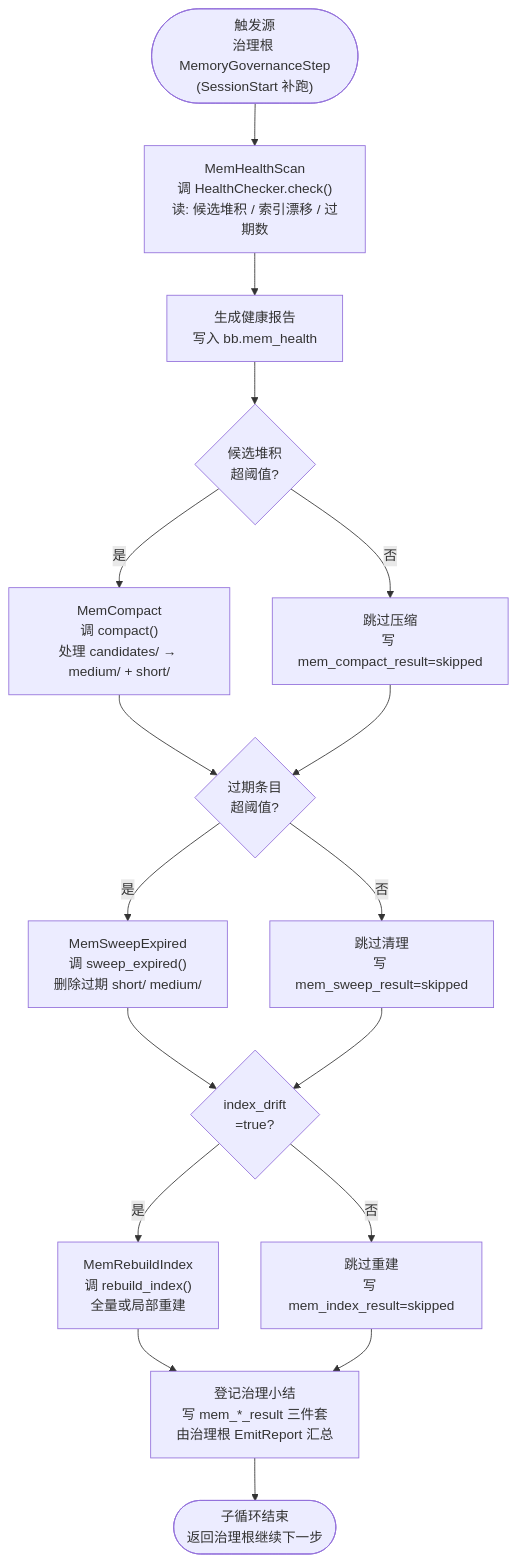
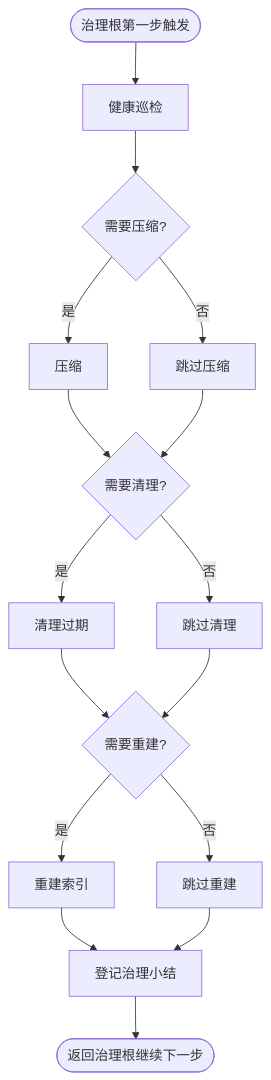
Before and after one commit to nan023062/agent-team-cc: the second of 2 diagrams in design/WORKFLOW-MEMORY.zh-CN.md, drawn with Mermaid. The commit also changed other lines of this file and 36 other files, not shown here.

````diff
--- a/design/WORKFLOW-MEMORY.zh-CN.md
+++ b/design/WORKFLOW-MEMORY.zh-CN.md
@@ -250,40 +73,25 @@
 ```mermaid
 flowchart TD
-    Trig(["触发源<br/>治理根 MemoryGovernanceStep<br/>(SessionStart 补跑)"])
+    Trig(["治理根第一步触发"])
+    Health["健康巡检"]
+    NeedCompact{"需要压缩?"}
+    Compact["压缩"]
+    SkipC["跳过压缩"]
+    NeedSweep{"需要清理?"}
+    Sweep["清理过期"]
+    SkipS["跳过清理"]
+    NeedRebuild{"需要重建?"}
+    Rebuild["重建索引"]
+    SkipR["跳过重建"]
+    Summary["登记治理小结"]
+    Done(["返回治理根继续下一步"])
 
-    Health["MemHealthScan<br/>调 HealthChecker.check()<br/>读: 候选堆积 / 索引漂移 / 过期数"]
-    Report["生成健康报告<br/>写入 bb.mem_health"]
-
-    NeedCompact{"候选堆积<br/>超阈值?"}
-    Compact["MemCompact<br/>调 compact()<br/>处理 candidates/ → medium/ + short/"]
-    SkipCompact["跳过压缩<br/>写 mem_compact_result=skipped"]
-
-    NeedSweep{"过期条目<br/>超阈值?"}
-    Sweep["MemSweepExpired<br/>调 sweep_expired()<br/>删除过期 short/ medium/"]
-    SkipSweep["跳过清理<br/>写 mem_sweep_result=skipped"]
-
-    NeedRebuild{"index_drift<br/>=true?"}
-    Rebuild["MemRebuildIndex<br/>调 rebuild_index()<br/>全量或局部重建"]
-    SkipRebuild["跳过重建<br/>写 mem_index_result=skipped"]
-
-    Summary["登记治理小结<br/>写 mem_*_result 三件套<br/>由治理根 EmitReport 汇总"]
-
-    Done(["子循环结束<br/>返回治理根继续下一步"])
-
-    Trig --> Health
-    Health --> Report
-    Report --> NeedCompact
-    NeedCompact -->|是| Compact
-    NeedCompact -->|否| SkipCompact
-    Compact --> NeedSweep
-    SkipCompact --> NeedSweep
-    NeedSweep -->|是| Sweep
-    NeedSweep -->|否| SkipSweep
-    Sweep --> NeedRebuild
-    SkipSweep --> NeedRebuild
-    NeedRebuild -->|是| Rebuild
-    NeedRebuild -->|否| SkipRebuild
-    Rebuild --> Summary
-    SkipRebuild --> Summary
+    Trig --> Health --> NeedCompact
+    NeedCompact -->|是| Compact --> NeedSweep
+    NeedCompact -->|否| SkipC --> NeedSweep
+    NeedSweep -->|是| Sweep --> NeedRebuild
+    NeedSweep -->|否| SkipS --> NeedRebuild
+    NeedRebuild -->|是| Rebuild --> Summary
+    NeedRebuild -->|否| SkipR --> Summary
     Summary --> Done
 ```
````
